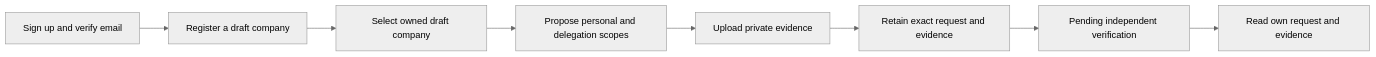
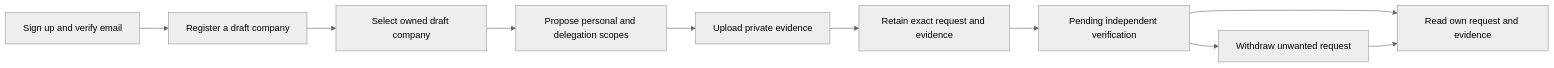
Before and after one commit to Ledova/ledova: the diagram in docs/plans/company-managed-registers/authority-requests.md, drawn with Mermaid (neutral theme). The commit also changed other lines of this file and 29 other files, not shown here.

Commit message:
feat(#862): withdraw pending authority requests with retained evidence

````diff
--- a/docs/plans/company-managed-registers/authority-requests.md
+++ b/docs/plans/company-managed-registers/authority-requests.md
@@ -30,10 +34,12 @@
 ```mermaid
 flowchart LR
     signup[Sign up and verify email] --> draft[Register a draft company]
     draft --> select[Select owned draft company]
     select --> terms[Propose personal and delegation scopes]
     terms --> evidence[Upload private evidence]
     evidence --> capture[Retain exact request and evidence]
     capture --> pending[Pending independent verification]
     pending --> history[Read own request and evidence]
+    pending --> withdraw[Withdraw unwanted request]
+    withdraw --> history
 ```
````
